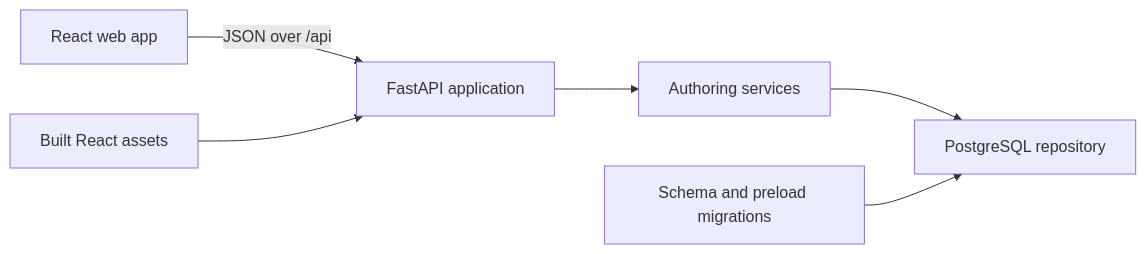
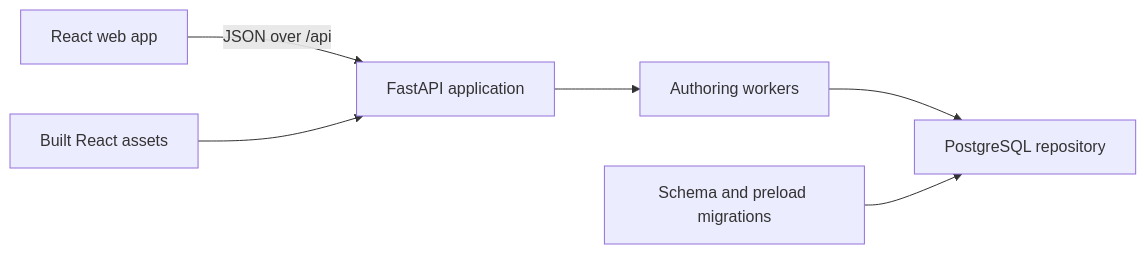
One commit to RudeusG110/radarsmith changed the second of 2 diagrams in doc/architecture/architecture.md. Above: the diagram before and after it, drawn with Mermaid. The commit also changed other lines of this file and 1 other file, not shown here.

````diff
--- a/doc/architecture/architecture.md
+++ b/doc/architecture/architecture.md
@@ -73,8 +73,8 @@
 ```mermaid
 flowchart LR
     Browser[React web app] -->|JSON over /api| API[FastAPI application]
-    API --> Core[Authoring services]
+    API --> Core[Authoring workers]
     Core --> Store[PostgreSQL repository]
     Migration[Schema and preload migrations] --> Store
     Bundle[Built React assets] --> API
 ```
````
